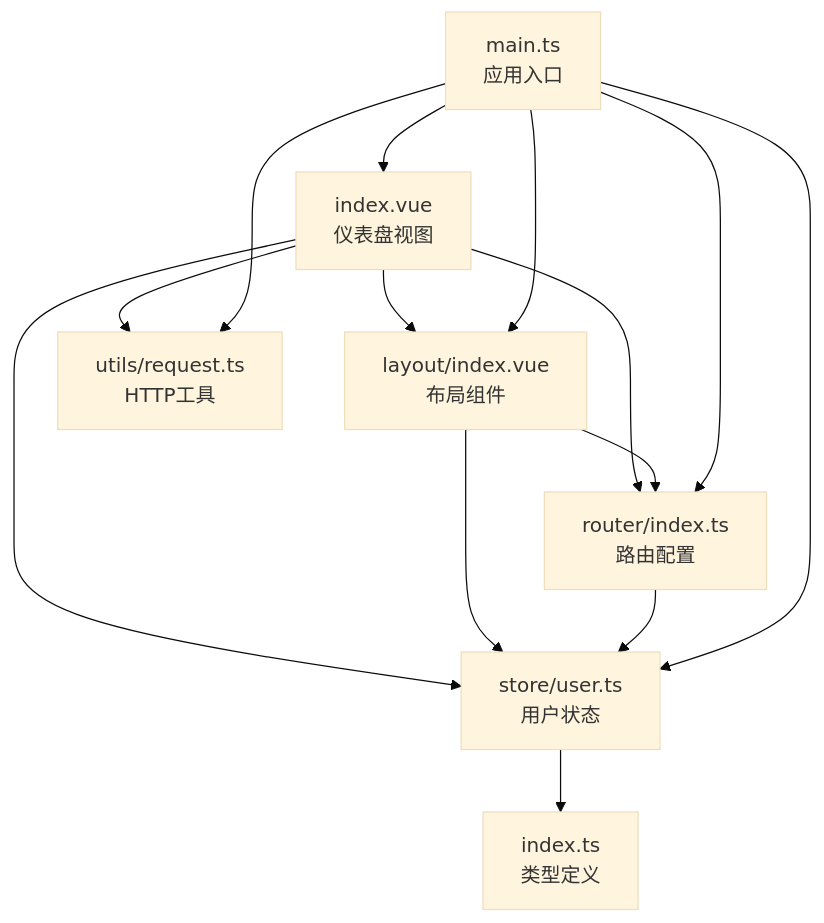
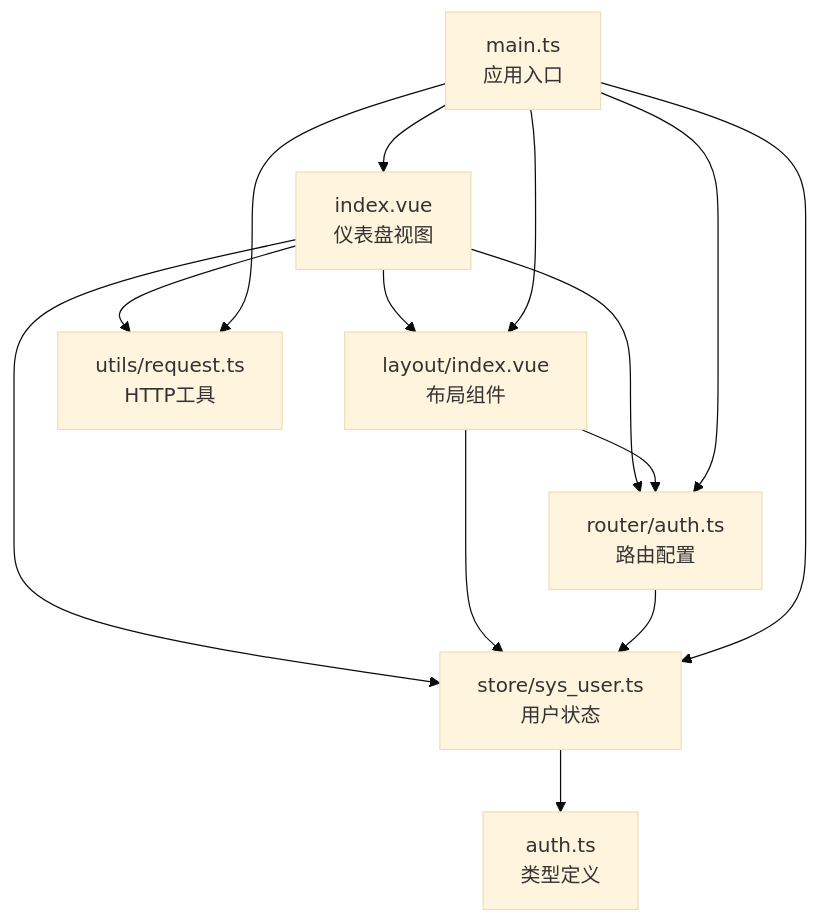
The seventh of 7 diagrams in .qoder/repowiki/zh/content/系统管理模块/仪表盘模块.md (qiseyun/vue-ts-admin), drawn with Mermaid (base theme) before and after one commit. The commit also changed other lines of this file and 42 other files, not shown here.

````diff
--- a/.qoder/repowiki/zh/content/系统管理模块/仪表盘模块.md
+++ b/.qoder/repowiki/zh/content/系统管理模块/仪表盘模块.md
@@ -253,16 +253,16 @@
 ```mermaid
 graph TD
 Dashboard[index.vue<br/>仪表盘视图] --> Layout[layout/index.vue<br/>布局组件]
-Dashboard --> Router[router/index.ts<br/>路由配置]
-Dashboard --> Store[store/user.ts<br/>用户状态]
+Dashboard --> Router[router/auth.ts<br/>路由配置]
+Dashboard --> Store[store/sys_user.ts<br/>用户状态]
 Dashboard --> Utils[utils/request.ts<br/>HTTP工具]
 Layout --> Router
 Layout --> Store
 Router --> Store
-Store --> Types[index.ts<br/>类型定义]
+Store --> Types[auth.ts<br/>类型定义]
 Main[main.ts<br/>应用入口] --> Dashboard
 Main --> Layout
 Main --> Router
 Main --> Store
 Main --> Utils
 ```
````
